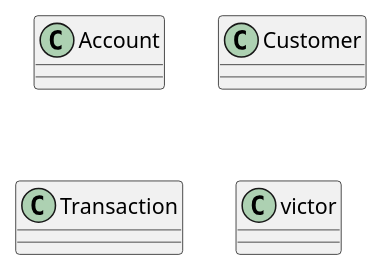
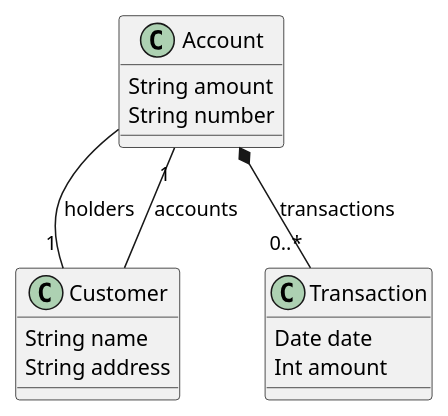
The diagram in languages/sandbox/source_gen/NewLanguage/sandbox/map_entities.plantuml (vjramirez/PlantUML), drawn with PlantUML before and after one commit. The commit also changed 14 other files, not shown here.

```diff
--- a/languages/sandbox/source_gen/NewLanguage/sandbox/map_entities.plantuml
+++ b/languages/sandbox/source_gen/NewLanguage/sandbox/map_entities.plantuml
@@ -1,21 +1,20 @@
 @startuml
-class Account{
+class Account {
+  String amount
+  String number
+}
+Account -- "1" Customer : holders
+Account *-- "0..*" Transaction : transactions
 
+class Customer {
+  String name
+  String address
+}
+Customer -- "1" Account : accounts
 
-}
-
-class Customer{
-
-
-}
-
-class Transaction{
-
-
-}
-
-class victor{
-
+class Transaction {
+  Date date
+  Int amount
 }
 
 @enduml
```
